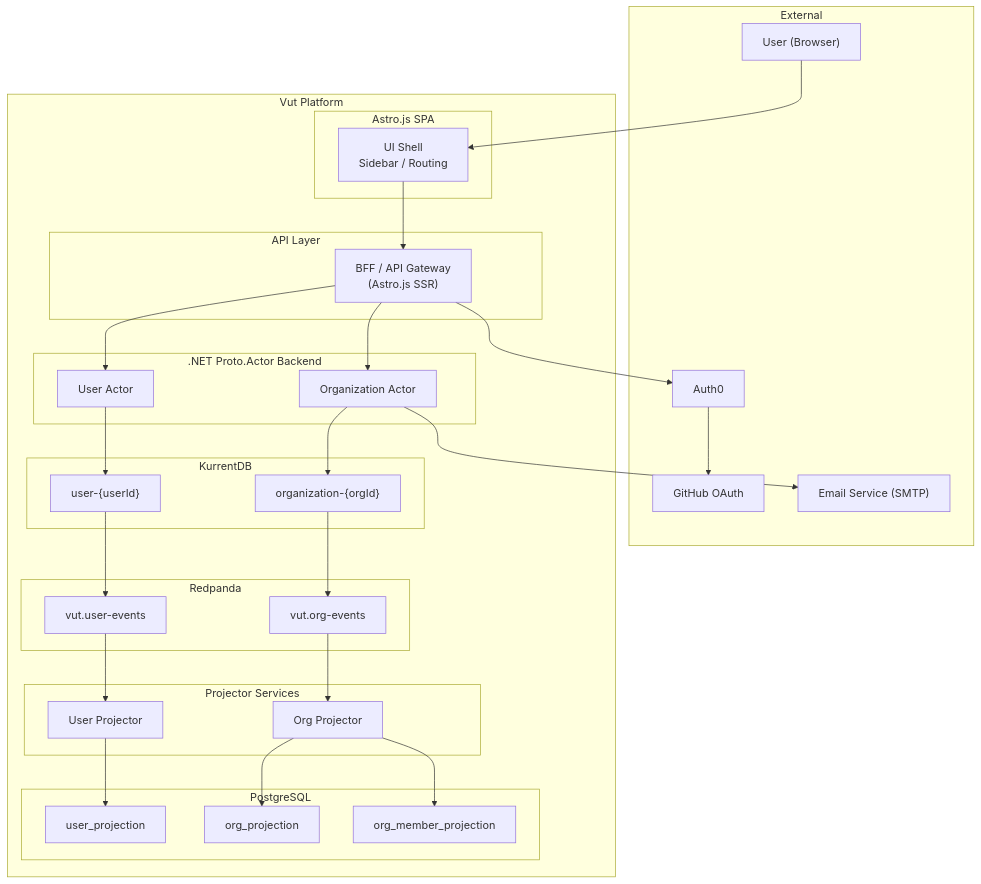
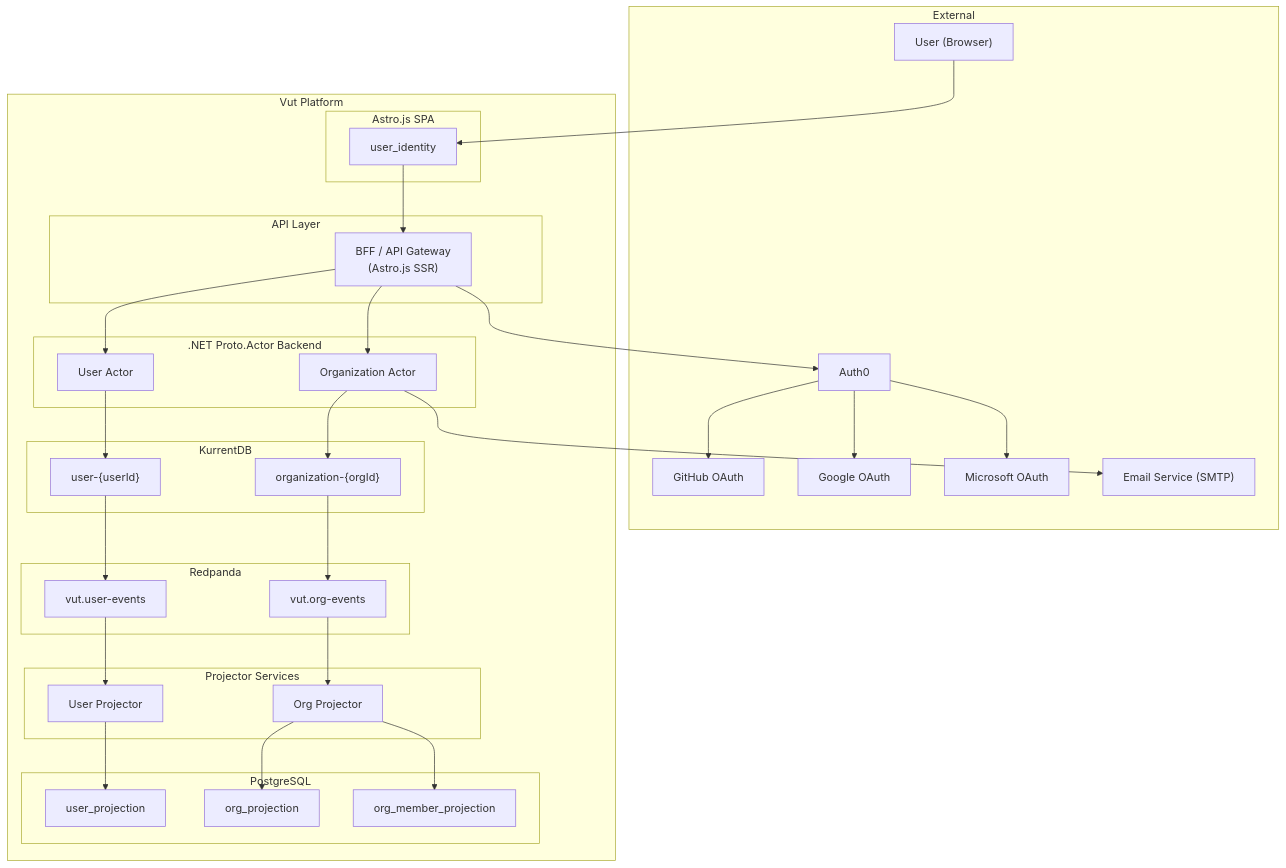
One commit to lekhasy/Vut changed the first of 15 diagrams in epics/01-epic-first-signin-org/architecture/architecture.md. Above: the diagram before and after it, drawn with Mermaid. The commit also changed other lines of this file and 13 other files, not shown here.

````diff
--- a/epics/01-epic-first-signin-org/architecture/architecture.md
+++ b/epics/01-epic-first-signin-org/architecture/architecture.md
@@ -7,62 +7,67 @@
 ```mermaid
 graph TB
     subgraph External
         User["User (Browser)"]
         GH["GitHub OAuth"]
+        Google["Google OAuth"]
+        MS["Microsoft OAuth"]
         Auth0["Auth0"]
         SMTP["Email Service (SMTP)"]
     end
 
     subgraph Vut Platform
         subgraph Frontend["Astro.js SPA"]
             UI["UI Shell<br/>Sidebar / Routing"]
         end
 
         subgraph API["API Layer"]
             BFF["BFF / API Gateway<br/>(Astro.js SSR)"]
         end
 
         subgraph Backend[".NET Proto.Actor Backend"]
             UA["User Actor"]
             OA["Organization Actor"]
         end
 
         subgraph EventStore["KurrentDB"]
             US["user-{userId}"]
             OS["organization-{orgId}"]
         end
 
         subgraph Messaging["Redpanda"]
             RT["vut.user-events"]
             RO["vut.org-events"]
         end
 
         subgraph ReadModel["PostgreSQL"]
             UP["user_projection"]
+            UI["user_identity"]
             OP["org_projection"]
             OMP["org_member_projection"]
         end
 
         subgraph Projectors["Projector Services"]
             PU["User Projector"]
             PO["Org Projector"]
         end
     end
 
     User --> UI
     UI --> BFF
     BFF --> Auth0
     Auth0 --> GH
+    Auth0 --> Google
+    Auth0 --> MS
     BFF --> UA
     BFF --> OA
     UA --> US
     OA --> OS
     US --> RT
     OS --> RO
     RT --> PU
     RO --> PO
     PU --> UP
     PO --> OP
     PO --> OMP
     OA --> SMTP
 ```
````
